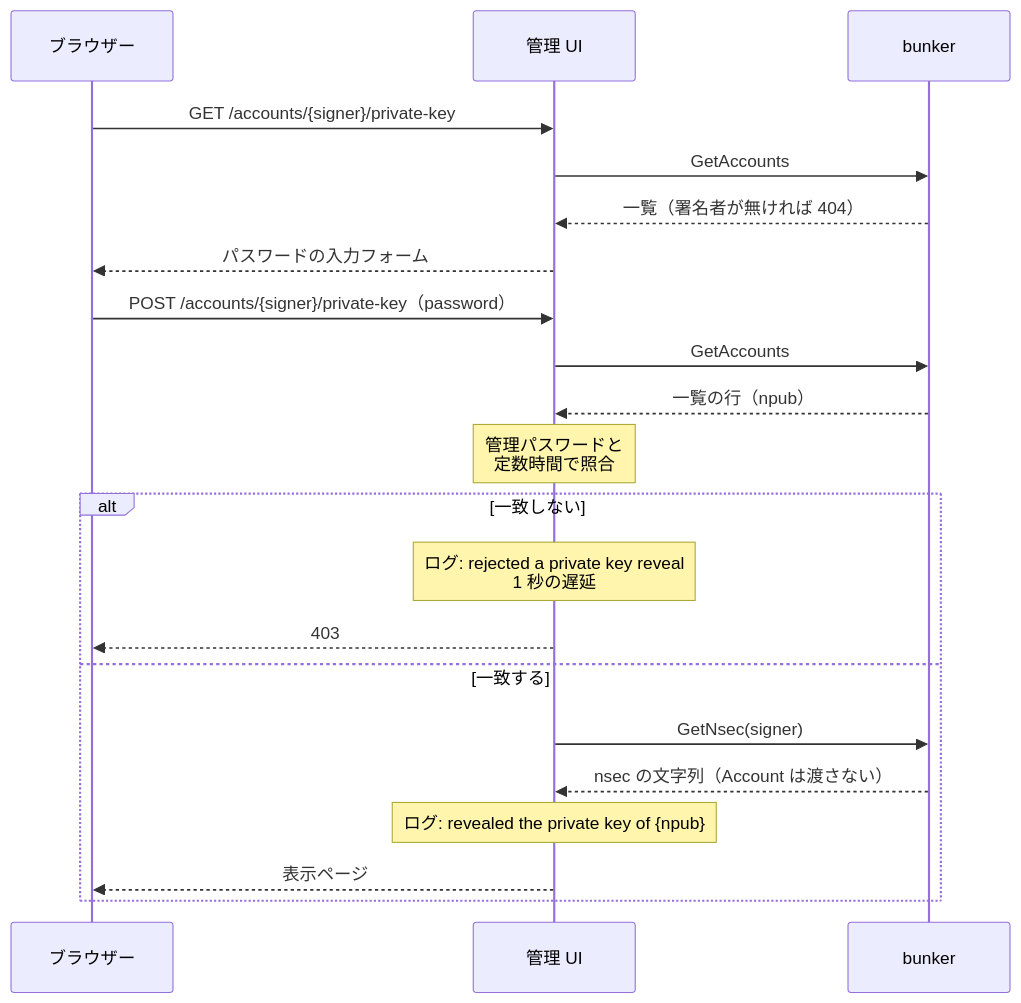
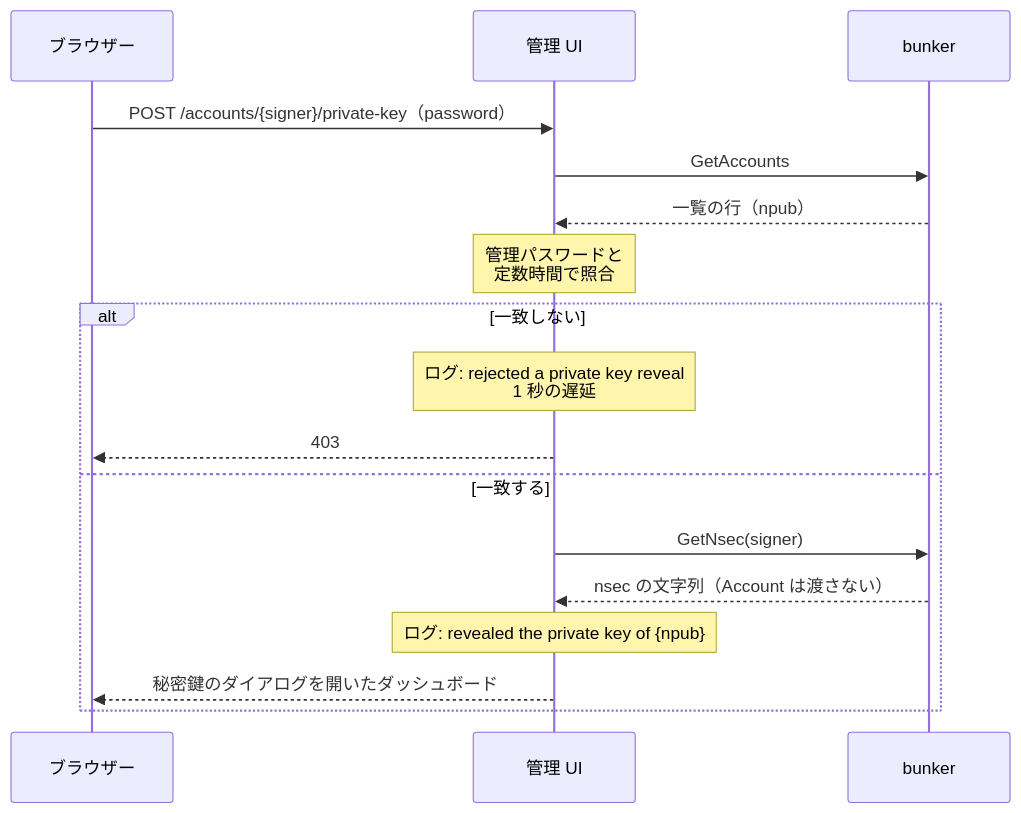
One commit to neverclear86/nostr-no-su changed the eighth of 9 diagrams in docs/architecture.md. Above: the diagram before and after it, drawn with Mermaid. The commit also changed other lines of this file and 39 other files, not shown here.

````diff
--- a/docs/architecture.md
+++ b/docs/architecture.md
@@ -533,24 +533,20 @@
 ```mermaid
 sequenceDiagram
     participant browser as ブラウザー
     participant ui as 管理 UI
     participant bk as bunker
 
-    browser->>ui: GET /accounts/{signer}/private-key
-    ui->>bk: GetAccounts
-    bk-->>ui: 一覧（署名者が無ければ 404）
-    ui-->>browser: パスワードの入力フォーム
     browser->>ui: POST /accounts/{signer}/private-key（password）
     ui->>bk: GetAccounts
     bk-->>ui: 一覧の行（npub）
     Note over ui: 管理パスワードと<br/>定数時間で照合
     alt 一致しない
         Note over ui: ログ: rejected a private key reveal<br/>1 秒の遅延
         ui-->>browser: 403
     else 一致する
         ui->>bk: GetNsec(signer)
         bk-->>ui: nsec の文字列（Account は渡さない）
         Note over ui: ログ: revealed the private key of {npub}
-        ui-->>browser: 表示ページ
+        ui-->>browser: 秘密鍵のダイアログを開いたダッシュボード
     end
 ```
````
